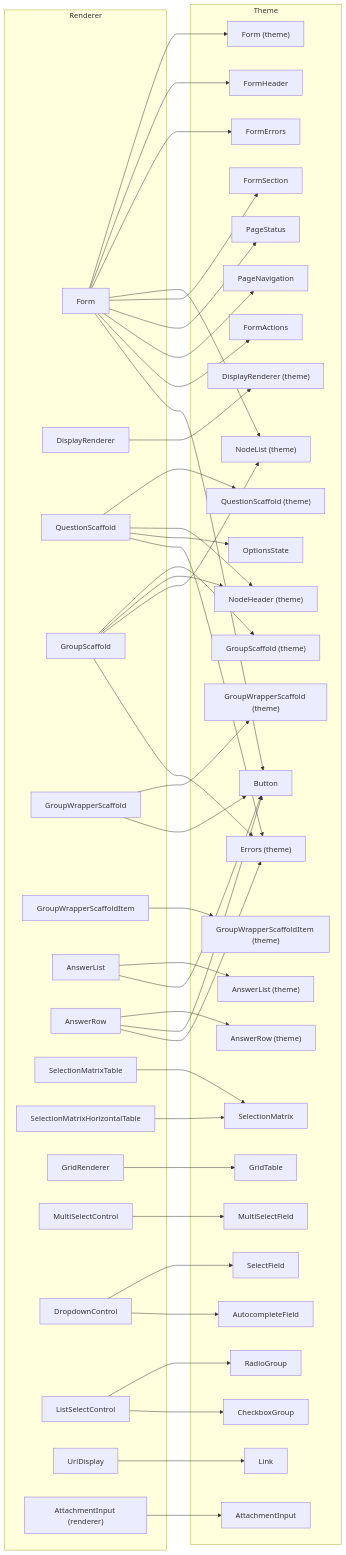
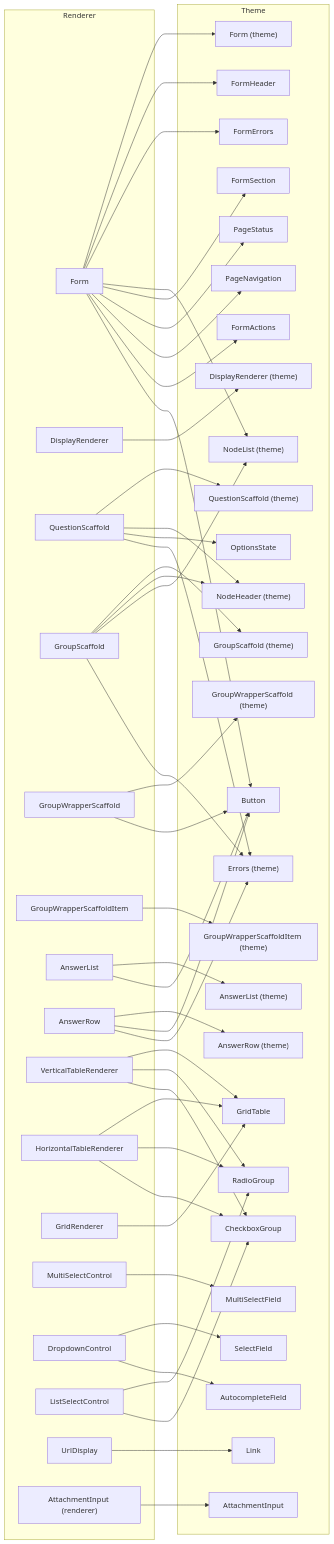
Before and after one commit to HealthSamurai/aidbox-forms-renderer: the second of 5 diagrams in README.md, drawn with Mermaid. The commit also changed other lines of this file and 46 other files, not shown here.

Commit message:
Replace selection matrix with selection table and add grid stores

```diff
--- a/README.md
+++ b/README.md
@@ -109,8 +109,8 @@
     GroupWrapperScaffoldItem
     AnswerList
     AnswerRow
-    SelectionMatrixTable
-    SelectionMatrixHorizontalTable
+    VerticalTableRenderer
+    HorizontalTableRenderer
     GridRenderer
     MultiSelectControl
     DropdownControl
@@ -138,7 +138,6 @@
     GroupWrapperScaffoldItemTheme["GroupWrapperScaffoldItem (theme)"]
     GroupWrapperScaffoldTheme["GroupWrapperScaffold (theme)"]
     GridTable
-    SelectionMatrix
     AnswerListTheme["AnswerList (theme)"]
     AnswerRowTheme["AnswerRow (theme)"]
     SelectField
@@ -180,8 +179,12 @@
   AnswerRow --> ErrorsTheme
 
   GridRenderer --> GridTable
-  SelectionMatrixTable --> SelectionMatrix
-  SelectionMatrixHorizontalTable --> SelectionMatrix
+  VerticalTableRenderer --> GridTable
+  VerticalTableRenderer --> RadioGroup
+  VerticalTableRenderer --> CheckboxGroup
+  HorizontalTableRenderer --> GridTable
+  HorizontalTableRenderer --> RadioGroup
+  HorizontalTableRenderer --> CheckboxGroup
 
   DropdownControl --> SelectField
   DropdownControl --> AutocompleteField
```
